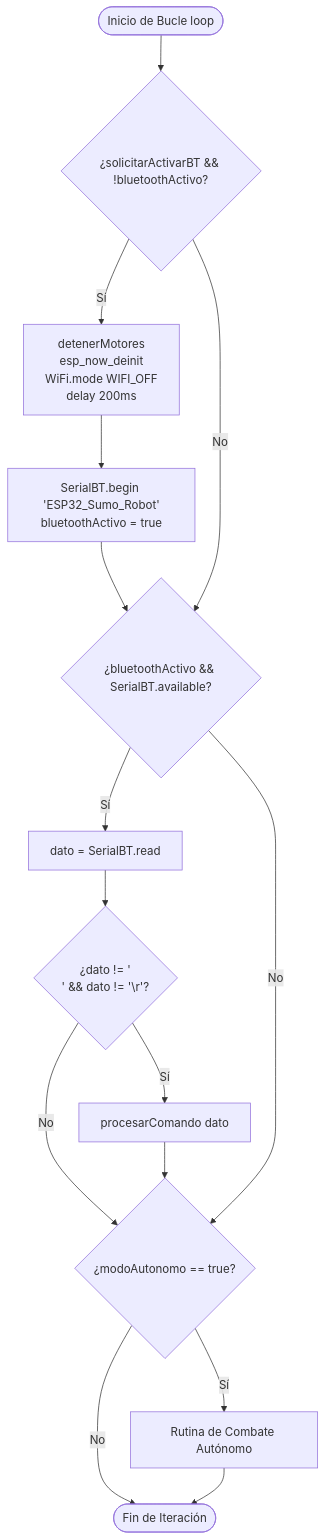
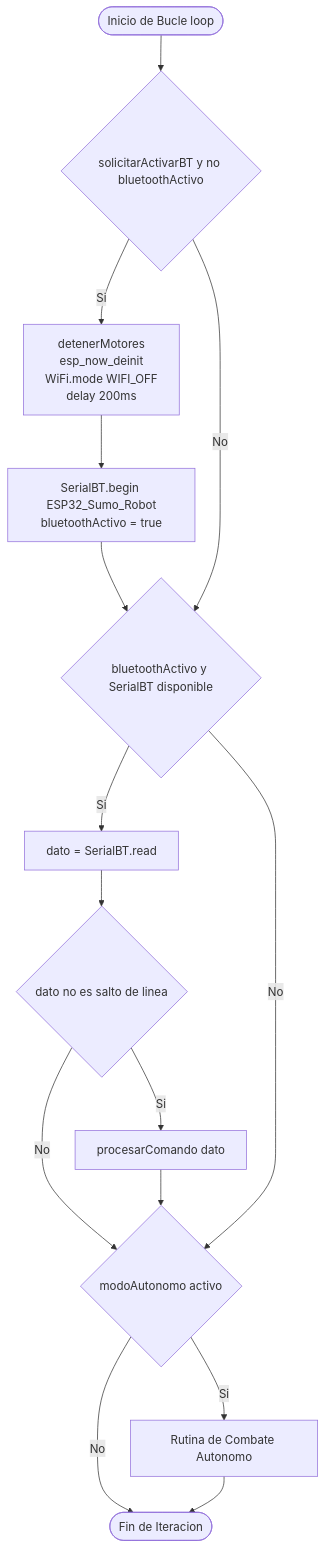
One commit to paulinopaul/robot_sumo_usando_agentes_ia changed the first of 2 diagrams in firmware/robot_sumo/README.md. Above: the diagram before and after it, drawn with Mermaid. The commit also changed other lines of this file and 2 other files, not shown here.

Commit message:
corrections_in_readme

````diff
--- a/firmware/robot_sumo/README.md
+++ b/firmware/robot_sumo/README.md
@@ -11,22 +11,22 @@
 ```mermaid
 flowchart TD
-    Inicio([Inicio de Bucle loop]) --> CheckReqBT{¿solicitarActivarBT && !bluetoothActivo?}
+    Inicio([Inicio de Bucle loop]) --> CheckReqBT{solicitarActivarBT y no bluetoothActivo}
     
-    CheckReqBT -- Sí --> TurnOffRF[detenerMotores<br/>esp_now_deinit<br/>WiFi.mode WIFI_OFF<br/>delay 200ms]
-    TurnOffRF --> InitBT[SerialBT.begin 'ESP32_Sumo_Robot'<br/>bluetoothActivo = true]
+    CheckReqBT -- Si --> TurnOffRF[detenerMotores<br/>esp_now_deinit<br/>WiFi.mode WIFI_OFF<br/>delay 200ms]
+    TurnOffRF --> InitBT[SerialBT.begin ESP32_Sumo_Robot<br/>bluetoothActivo = true]
     InitBT --> CheckBTSerial
     
-    CheckReqBT -- No --> CheckBTSerial{¿bluetoothActivo && SerialBT.available?}
+    CheckReqBT -- No --> CheckBTSerial{bluetoothActivo y SerialBT disponible}
     
-    CheckBTSerial -- Sí --> ReadChar[dato = SerialBT.read]
-    ReadChar --> FilterChar{¿dato != '\n' && dato != '\r'?}
-    FilterChar -- Sí --> CallProcCmd[procesarComando dato]
+    CheckBTSerial -- Si --> ReadChar[dato = SerialBT.read]
+    ReadChar --> FilterChar{dato no es salto de linea}
+    FilterChar -- Si --> CallProcCmd[procesarComando dato]
     FilterChar -- No --> CheckAuto
     CallProcCmd --> CheckAuto
     
-    CheckBTSerial -- No --> CheckAuto{¿modoAutonomo == true?}
+    CheckBTSerial -- No --> CheckAuto{modoAutonomo activo}
     
-    CheckAuto -- Sí --> ExecRoutine[Rutina de Combate Autónomo]
-    CheckAuto -- No --> FinLoop([Fin de Iteración])
+    CheckAuto -- Si --> ExecRoutine[Rutina de Combate Autonomo]
+    CheckAuto -- No --> FinLoop([Fin de Iteracion])
     ExecRoutine --> FinLoop
 ```
````
